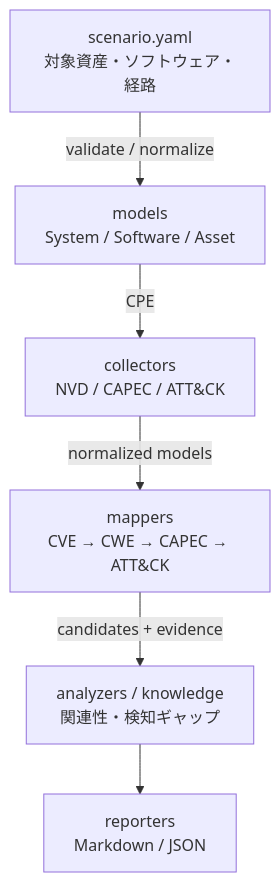
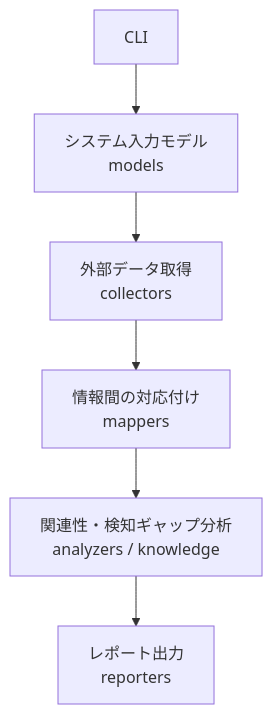
One commit to satokenn/threat-to-detection changed the third of 6 diagrams in docs/design.md. Above: the diagram before and after it, drawn with Mermaid. The commit also changed other lines of this file, not shown here.

````diff
--- a/docs/design.md
+++ b/docs/design.md
@@ -42,15 +93,15 @@
 ```mermaid
 flowchart TD
-    input["scenario.yaml<br/>対象資産・ソフトウェア・経路"]
-    models["models<br/>System / Software / Asset"]
-    collectors["collectors<br/>NVD / CAPEC / ATT&CK"]
-    mappers["mappers<br/>CVE → CWE → CAPEC → ATT&CK"]
-    analysis["analyzers / knowledge<br/>関連性・検知ギャップ"]
-    reporters["reporters<br/>Markdown / JSON"]
+    cli[CLI]
+    system_model[システム入力モデル<br/>models]
+    collectors[外部データ取得<br/>collectors]
+    mappers[情報間の対応付け<br/>mappers]
+    analyzers[関連性・検知ギャップ分析<br/>analyzers / knowledge]
+    reporters[レポート出力<br/>reporters]
 
-    input -->|validate / normalize| models
-    models -->|CPE| collectors
-    collectors -->|normalized models| mappers
-    mappers -->|candidates + evidence| analysis
-    analysis --> reporters
+    cli --> system_model
+    system_model --> collectors
+    collectors --> mappers
+    mappers --> analyzers
+    analyzers --> reporters
 ```
````
